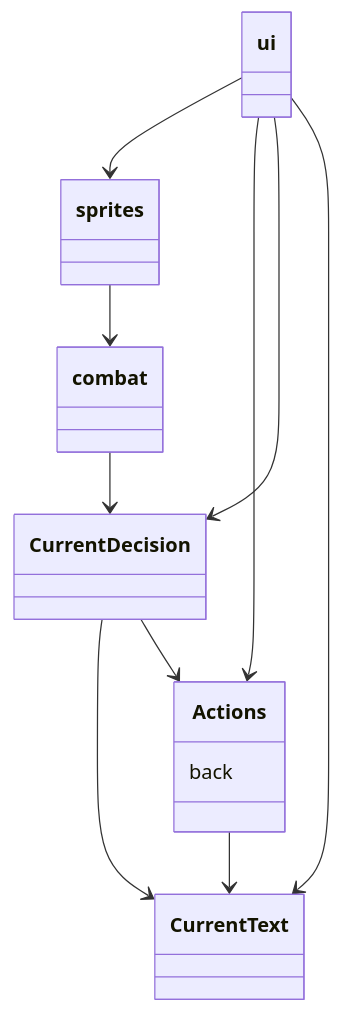
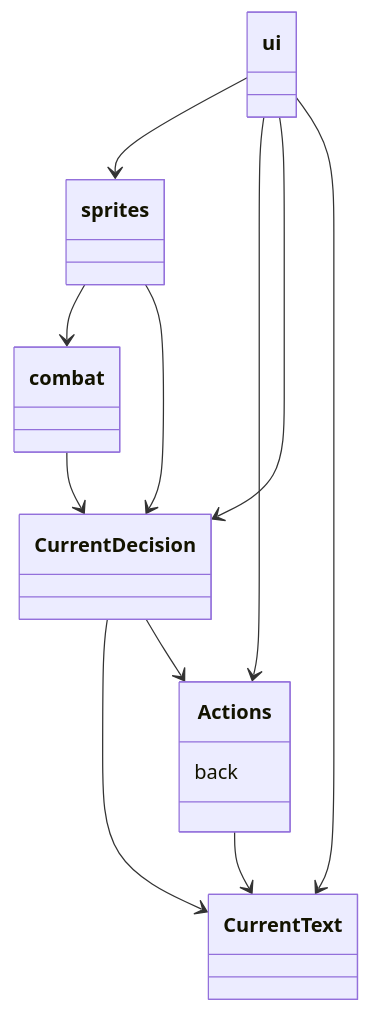
Before and after one commit to emlyy/ot-harjoitustyo: the diagram in dokumentaatio/arkkitehtuuri.md, drawn with Mermaid.

````diff
--- a/dokumentaatio/arkkitehtuuri.md
+++ b/dokumentaatio/arkkitehtuuri.md
@@ -1,15 +1,16 @@
 ```mermaid
  classDiagram
       ui --> sprites 
       ui --> Actions
       class Actions{
           back
       }
       ui --> CurrentDecision
       CurrentDecision --> CurrentText
       ui --> CurrentText
       sprites --> combat
+      sprites --> CurrentDecision
       CurrentDecision --> Actions
       Actions --> CurrentText
       combat --> CurrentDecision
 ```
````
